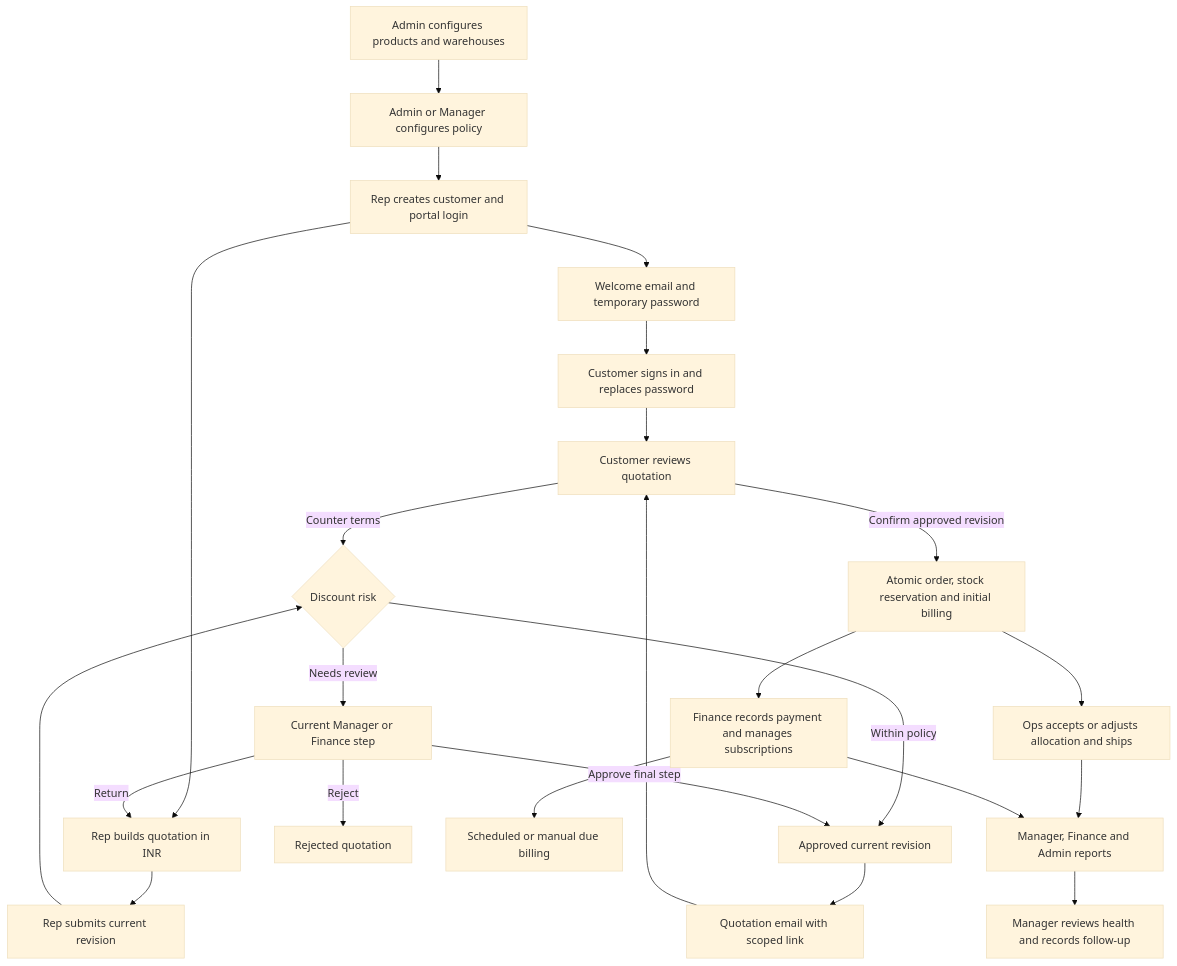
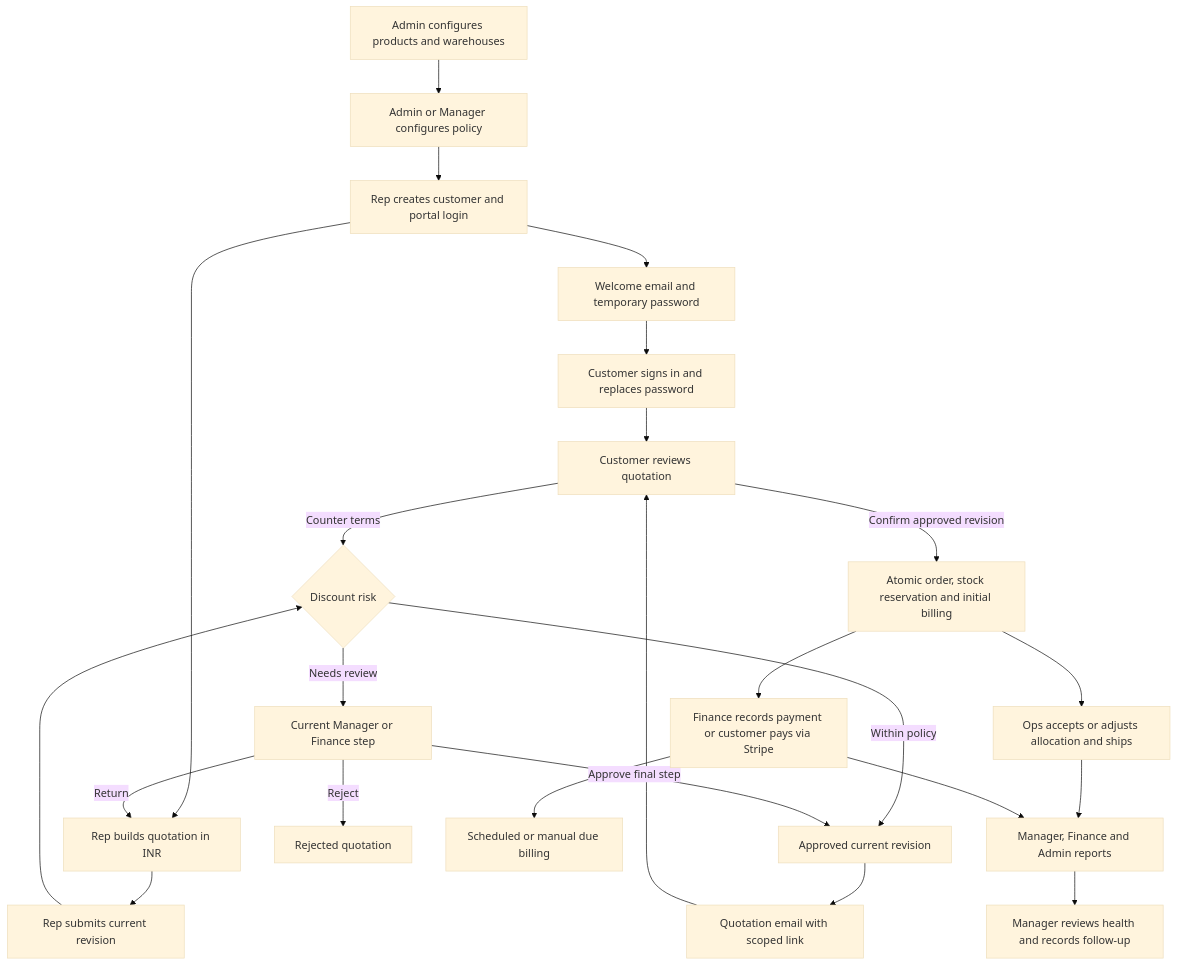
The first of 2 diagrams in docs/flows/README.md (Chaudhari0707/deal-flow-360), drawn with Mermaid (base theme) before and after one commit. The commit also changed other lines of this file and 23 other files, not shown here.

Commit message:
feat(billing): implement Stripe integration for invoice management and payment processing

````diff
--- a/docs/flows/README.md
+++ b/docs/flows/README.md
@@ -27,28 +27,28 @@
 ```mermaid
 flowchart TD
     accTitle: Complete DealFlow360 business journey
     accDescr: Admin configures the workspace, sales creates a customer and quotation, authorized reviewers approve, the customer negotiates or confirms, and a transaction creates order, stock reservations and billing followed by operations and finance work.
     Setup[Admin configures products and warehouses] --> Policy[Admin or Manager configures policy]
     Policy --> Customer[Rep creates customer and portal login]
     Customer --> Welcome[Welcome email and temporary password]
     Welcome --> Password[Customer signs in and replaces password]
     Customer --> Draft[Rep builds quotation in INR]
     Draft --> Submit[Rep submits current revision]
     Submit --> Risk{Discount risk}
     Risk -->|Within policy| Approved[Approved current revision]
     Risk -->|Needs review| Review[Current Manager or Finance step]
     Review -->|Approve final step| Approved
     Review -->|Return| Draft
     Review -->|Reject| Closed[Rejected quotation]
     Approved --> Mail[Quotation email with scoped link]
     Mail --> Portal[Customer reviews quotation]
     Password --> Portal
     Portal -->|Counter terms| Risk
     Portal -->|Confirm approved revision| Commit[Atomic order, stock reservation and initial billing]
     Commit --> Ops[Ops accepts or adjusts allocation and ships]
-    Commit --> Finance[Finance records payment and manages subscriptions]
-    Finance --> Renew[Scheduled or manual due billing]
+  Commit --> Finance[Finance records payment or customer pays via Stripe]
+  Finance --> Renew[Scheduled or manual due billing]
     Ops --> Reports[Manager, Finance and Admin reports]
     Finance --> Reports
     Reports --> Health[Manager reviews health and records follow-up]
 ```
````
